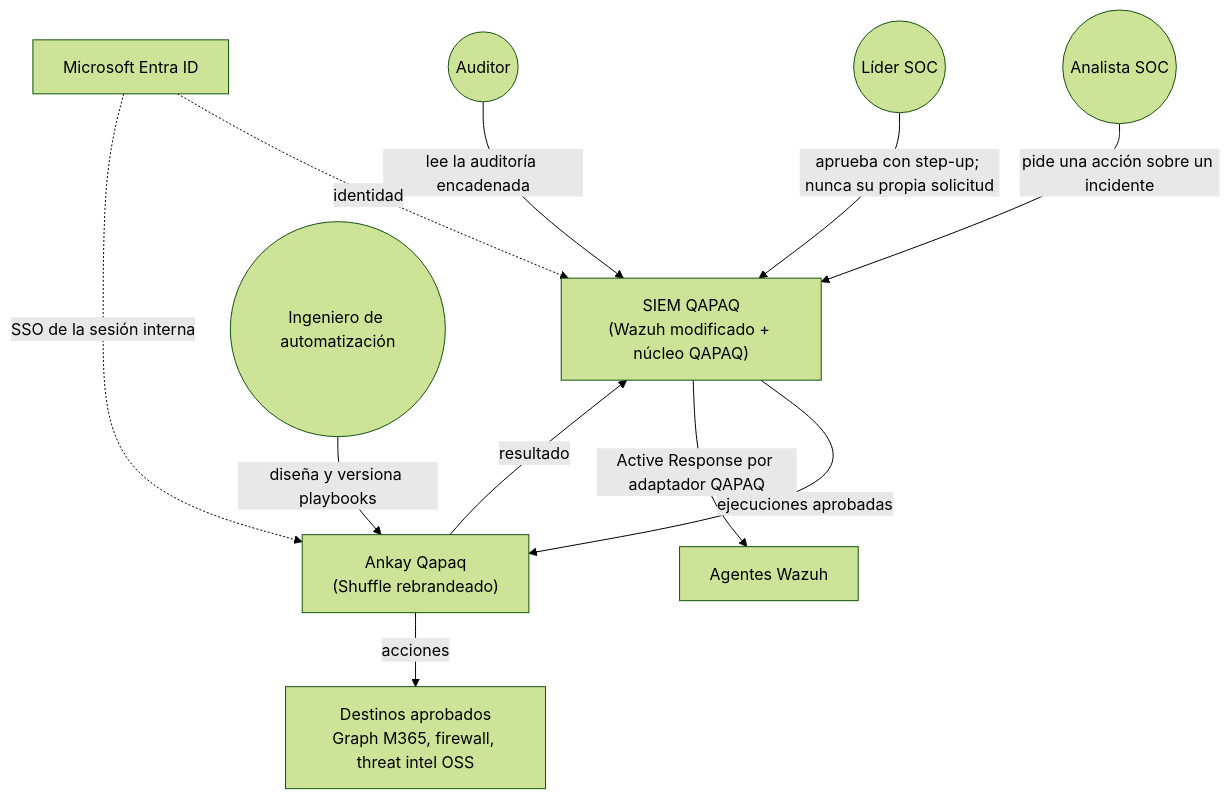
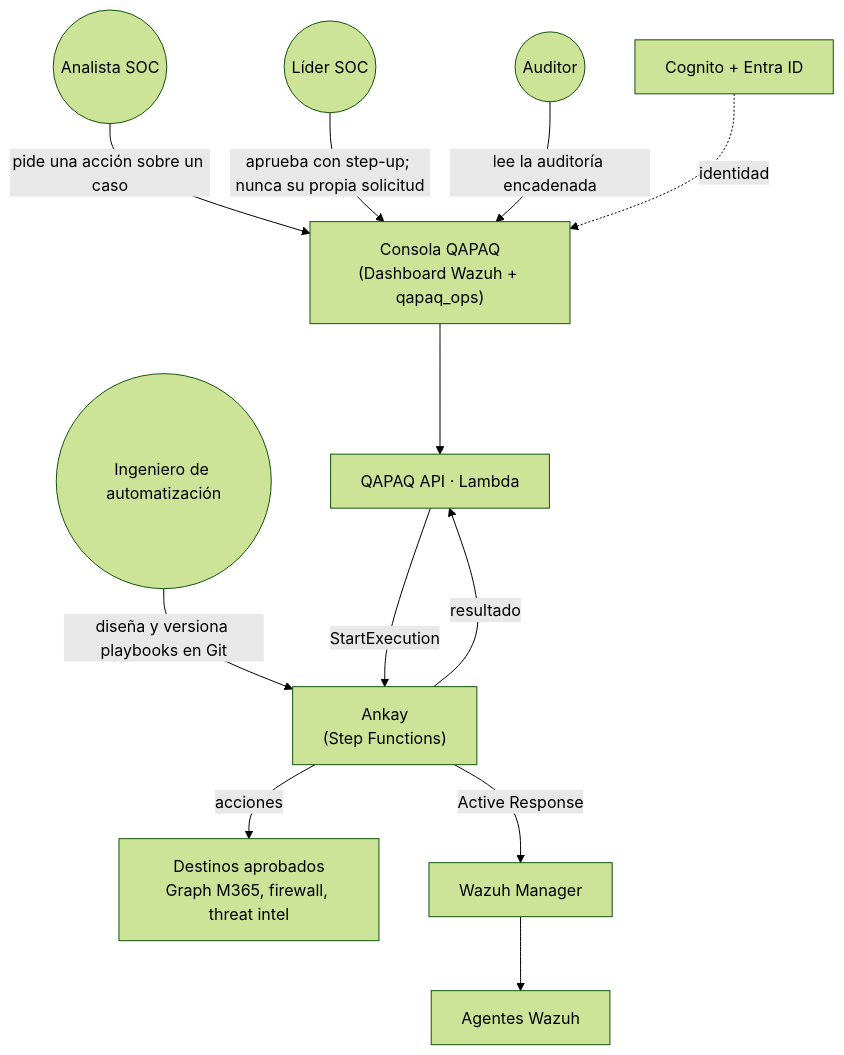
One commit to CyberStill-GmbH/qapaq-secops changed the first of 5 diagrams in docs/14-ankay-conexion-qapaq.md. Above: the diagram before and after it, drawn with Mermaid (forest theme). The commit also changed other lines of this file and 1162 other files, not shown here.

First line of the commit message:
feat: sync QAPAQ SecOps with everything built in b89-secops (2026-11-02 .. 2026-11-16)

````diff
--- a/docs/14-ankay-conexion-qapaq.md
+++ b/docs/14-ankay-conexion-qapaq.md
@@ -11,13 +14,13 @@
 ```mermaid
 flowchart TB
-  A((Analista SOC)) -->|pide una acción sobre un incidente| SIEM
-  L((Líder SOC)) -->|aprueba con step-up; nunca su propia solicitud| SIEM
-  E((Ingeniero de automatización)) -->|diseña y versiona playbooks| ANKAY
-  AU((Auditor)) -->|lee la auditoría encadenada| SIEM
-  SIEM["SIEM QAPAQ<br/>(Wazuh modificado + núcleo QAPAQ)"] -->|ejecuciones aprobadas| ANKAY["Ankay Qapaq<br/>(Shuffle rebrandeado)"]
-  ANKAY -->|resultado| SIEM
-  ANKAY -->|acciones| T["Destinos aprobados<br/>Graph M365, firewall, threat intel OSS"]
-  SIEM -->|Active Response por adaptador QAPAQ| W[Agentes Wazuh]
-  ENTRA[Microsoft Entra ID] -.->|identidad| SIEM
-  ENTRA -.->|SSO de la sesión interna| ANKAY
+  A((Analista SOC)) -->|pide una acción sobre un caso| UI
+  L((Líder SOC)) -->|aprueba con step-up; nunca su propia solicitud| UI
+  E((Ingeniero de automatización)) -->|diseña y versiona playbooks en Git| SFN
+  AU((Auditor)) -->|lee la auditoría encadenada| UI
+  UI["Consola QAPAQ<br/>(Dashboard Wazuh + qapaq_ops)"] --> API[QAPAQ API · Lambda]
+  API -->|StartExecution| SFN["Ankay<br/>(Step Functions)"]
+  SFN -->|resultado| API
+  SFN -->|acciones| T["Destinos aprobados<br/>Graph M365, firewall, threat intel"]
+  SFN -->|Active Response| MGR[Wazuh Manager] --> W[Agentes Wazuh]
+  COG[Cognito + Entra ID] -.->|identidad| UI
 ```
````
